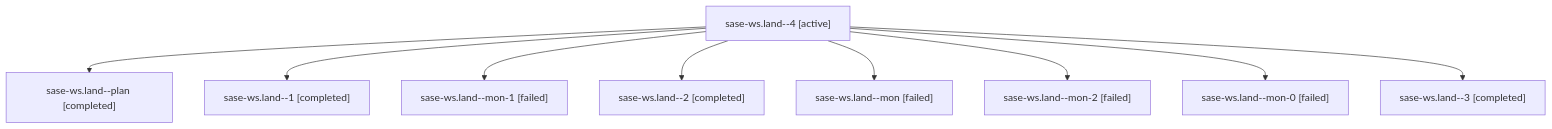
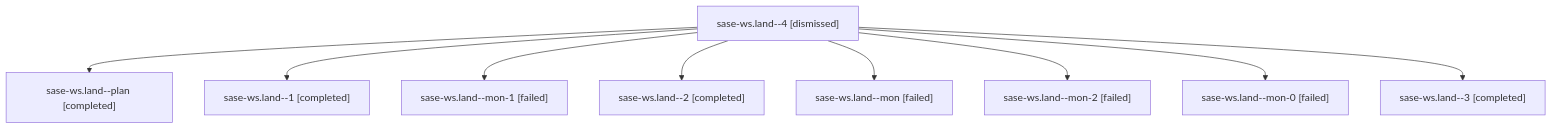
Before and after one commit to sase-org/sase--agents: the diagram in sessions/bbugyi200.apollo.sase-ws.land.md, drawn with Mermaid. The commit also changed other lines of this file and 43 other files, not shown here.

````diff
--- a/sessions/bbugyi200.apollo.sase-ws.land.md
+++ b/sessions/bbugyi200.apollo.sase-ws.land.md
@@ -9,20 +9,20 @@
 ```mermaid
 flowchart TD
-  n0["sase-ws.land--4 [active]"]
+  n0["sase-ws.land--4 [dismissed]"]
   n1["sase-ws.land--plan [completed]"]
   n0 --> n1
   n2["sase-ws.land--1 [completed]"]
   n0 --> n2
   n3["sase-ws.land--mon-1 [failed]"]
   n0 --> n3
   n4["sase-ws.land--2 [completed]"]
   n0 --> n4
   n5["sase-ws.land--mon [failed]"]
   n0 --> n5
   n6["sase-ws.land--mon-2 [failed]"]
   n0 --> n6
   n7["sase-ws.land--mon-0 [failed]"]
   n0 --> n7
   n8["sase-ws.land--3 [completed]"]
   n0 --> n8
 ```
````
